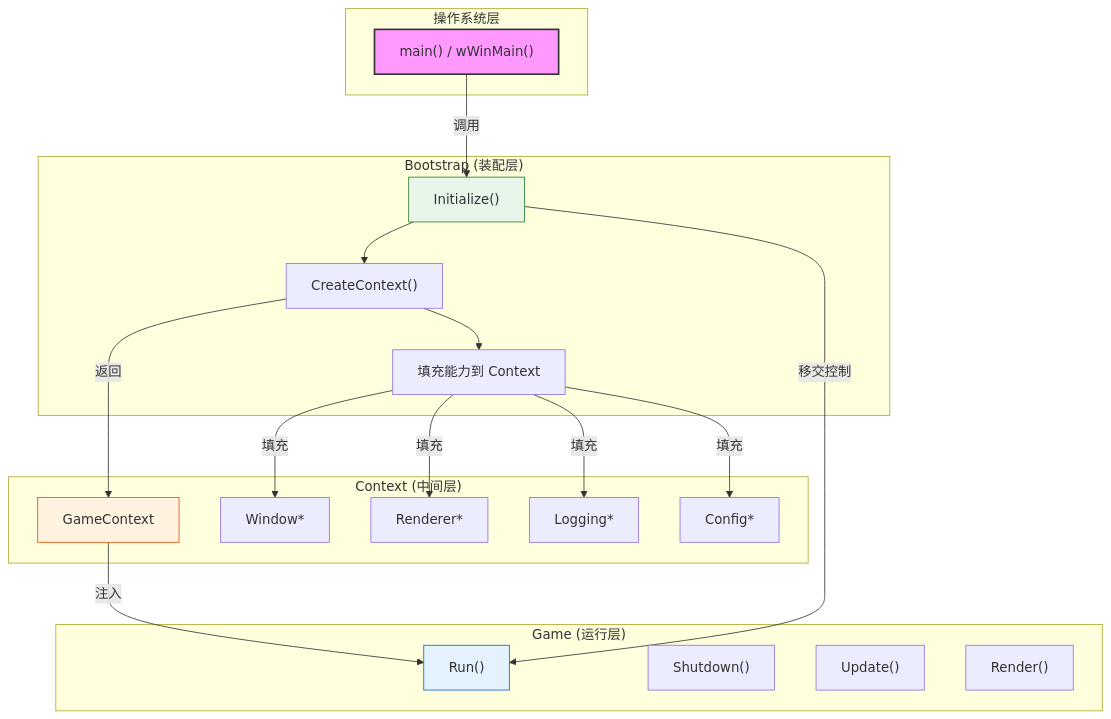
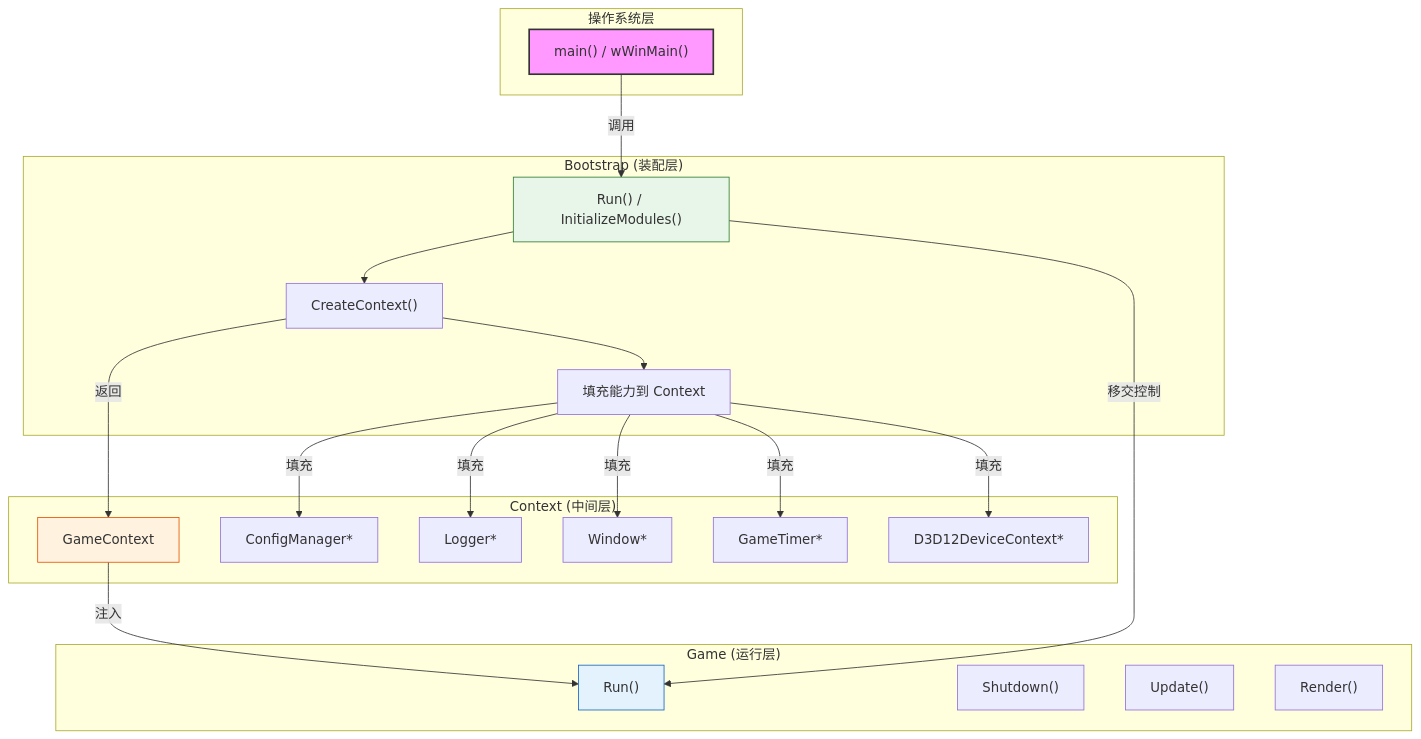
One commit to Gunxzq/blog changed the first of 4 diagrams in src/posts/DX12Engine/Bootstrap.md. Above: the diagram before and after it, drawn with Mermaid. The commit also changed other lines of this file and 3 other files, not shown here.

````diff
--- a/src/posts/DX12Engine/Bootstrap.md
+++ b/src/posts/DX12Engine/Bootstrap.md
@@ -76,44 +81,46 @@
 ```mermaid
 graph TB
     subgraph "操作系统层"
         A["main() / wWinMain()"]
     end
 
     subgraph "Bootstrap (装配层)"
-        B["Initialize()"]
+        B["Run() / InitializeModules()"]
         C["CreateContext()"]
         D["填充能力到 Context"]
     end
 
     subgraph "Context (中间层)"
         E["GameContext"]
-        E1["Window*"]
-        E2["Renderer*"]
-        E3["Logging*"]
-        E4["Config*"]
+        E1["ConfigManager*"]
+        E2["Logger*"]
+        E3["Window*"]
+        E4["GameTimer*"]
+        E5["D3D12DeviceContext*"]
     end
 
     subgraph "Game (运行层)"
         G["Run()"]
         H["Shutdown()"]
         I["Update()"]
         J["Render()"]
     end
 
     A -->|"调用"| B
     B --> C
     C --> D
     D -->|"填充"| E1
     D -->|"填充"| E2
     D -->|"填充"| E3
     D -->|"填充"| E4
+    D -->|"填充"| E5
 
     C -->|"返回"| E
     E -->|"注入"| G
     B -->|"移交控制"| G
 
     style A fill:#f9f,stroke:#333,stroke-width:2px
     style B fill:#e8f5e9,stroke:#2e7d32
     style E fill:#fff3e0,stroke:#e65100
     style G fill:#e3f2fd,stroke:#1565c0
 ```
````
